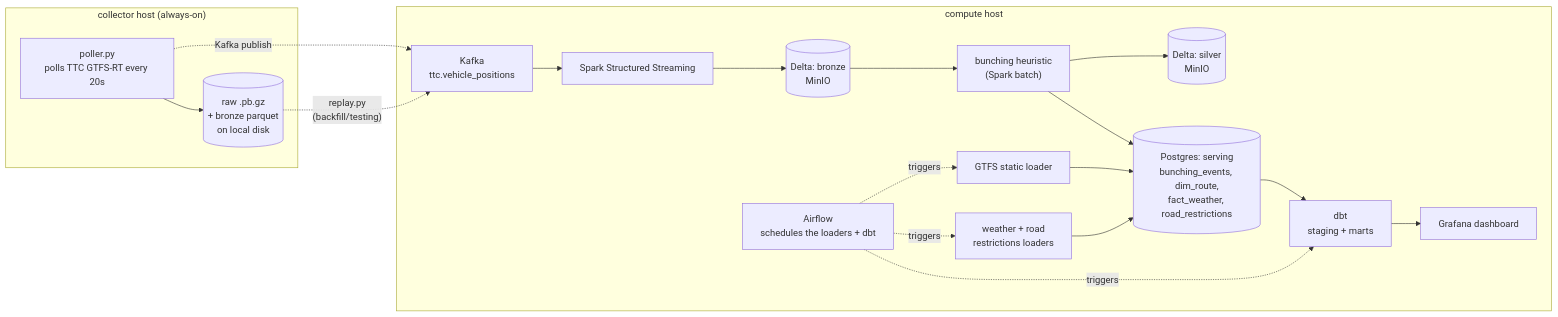
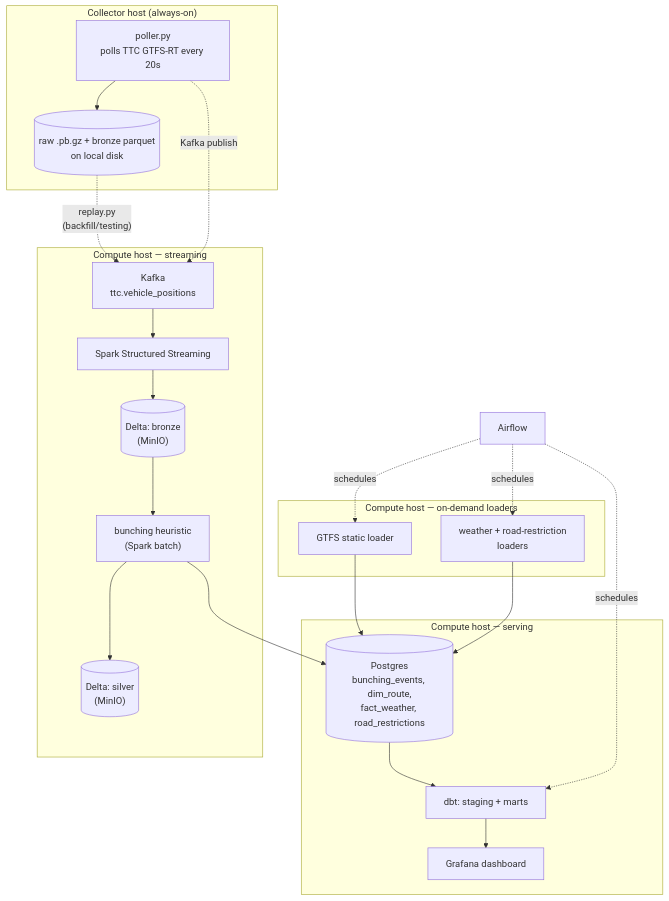
Before and after one commit to gopiguniganti/ttc-transit-reliability-platform: the diagram in README.md, drawn with Mermaid. The commit also changed other lines of this file, not shown here.

First line of the commit message:
docs: polish README layout and redo architecture diagram

````diff
--- a/README.md
+++ b/README.md
@@ -36,35 +50,40 @@
 ```mermaid
-flowchart LR
-    subgraph collector["collector host (always-on)"]
+flowchart TD
+    subgraph collector["Collector host (always-on)"]
         poller["poller.py<br/>polls TTC GTFS-RT every 20s"]
-        raw[("raw .pb.gz<br/>+ bronze parquet<br/>on local disk")]
+        raw[("raw .pb.gz + bronze parquet<br/>on local disk")]
         poller --> raw
     end
 
-    subgraph compute["compute host"]
-        kafka["Kafka<br/>ttc.vehicle_positions"]
+    kafka["Kafka<br/>ttc.vehicle_positions"]
+    poller -."Kafka publish".-> kafka
+    raw -."replay.py<br/>(backfill/testing)".-> kafka
+
+    subgraph streaming["Compute host — streaming"]
         stream["Spark Structured Streaming"]
-        deltabronze[("Delta: bronze<br/>MinIO")]
-        deltasilver[("Delta: silver<br/>MinIO")]
+        deltabronze[("Delta: bronze<br/>(MinIO)")]
         bunch["bunching heuristic<br/>(Spark batch)"]
-        pg[("Postgres: serving<br/>bunching_events, dim_route,<br/>fact_weather, road_restrictions")]
-        dbtx["dbt<br/>staging + marts"]
-        grafana["Grafana dashboard"]
-        gtfs["GTFS static loader"]
-        ctx["weather + road<br/>restrictions loaders"]
-        airflow["Airflow<br/>schedules the loaders + dbt"]
-
-        poller -.Kafka publish.-> kafka
-        kafka --> stream --> deltabronze
-        deltabronze --> bunch --> deltasilver
-        bunch --> pg
-        gtfs --> pg
-        ctx --> pg
-        pg --> dbtx --> grafana
-        airflow -.triggers.-> gtfs
-        airflow -.triggers.-> ctx
-        airflow -.triggers.-> dbtx
+        deltasilver[("Delta: silver<br/>(MinIO)")]
+        kafka --> stream --> deltabronze --> bunch --> deltasilver
     end
 
-    raw -."replay.py<br/>(backfill/testing)".-> kafka
+    subgraph loaders["Compute host — on-demand loaders"]
+        gtfs["GTFS static loader"]
+        ctx["weather + road-restriction<br/>loaders"]
+    end
+
+    subgraph serving["Compute host — serving"]
+        pg[("Postgres<br/>bunching_events, dim_route,<br/>fact_weather, road_restrictions")]
+        dbtx["dbt: staging + marts"]
+        grafana["Grafana dashboard"]
+        pg --> dbtx --> grafana
+    end
+
+    bunch --> pg
+    gtfs --> pg
+    ctx --> pg
+
+    airflow["Airflow"] -."schedules".-> gtfs
+    airflow -."schedules".-> ctx
+    airflow -."schedules".-> dbtx
 ```
````
